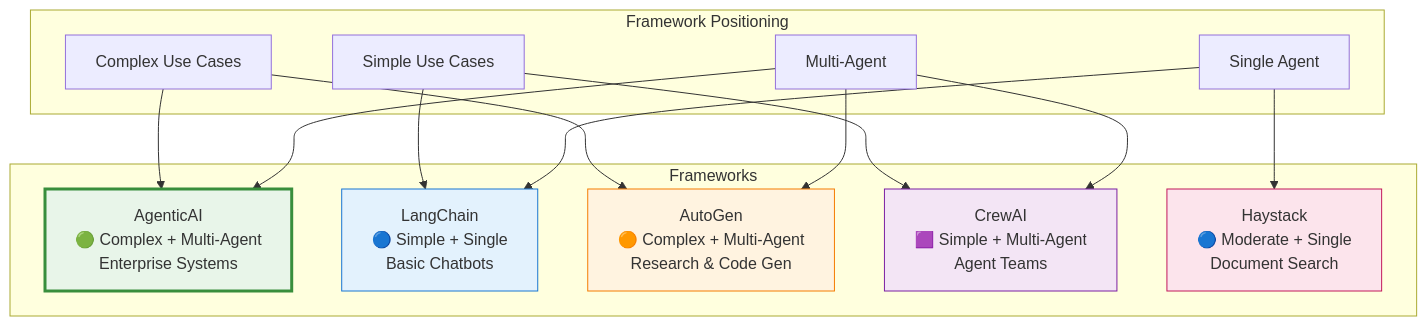
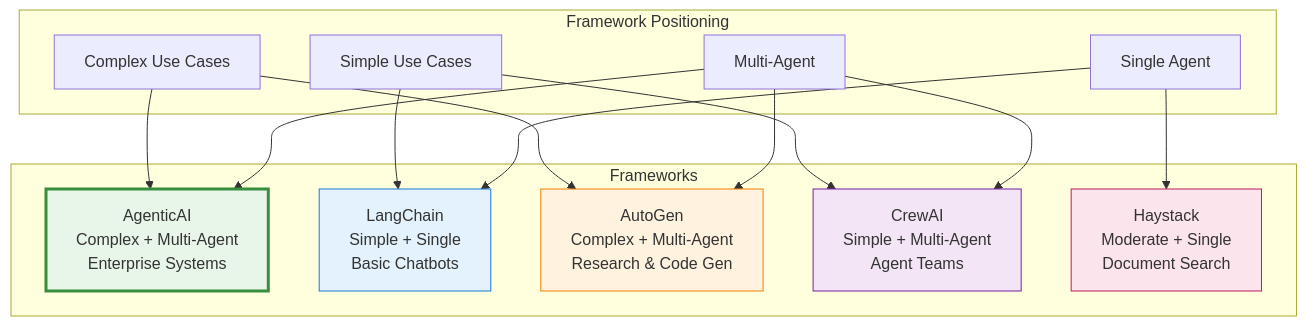
One commit to isathish/agenticaiframework changed the first of 3 diagrams in docs/comparison.md. Above: the diagram before and after it, drawn with Mermaid. The commit also changed other lines of this file and 93 other files, not shown here.

````diff
--- a/docs/comparison.md
+++ b/docs/comparison.md
@@ -111,33 +111,33 @@
 ```mermaid
 graph TB
     subgraph "Framework Positioning"
         SIMPLE[Simple Use Cases]
         COMPLEX[Complex Use Cases]
         SINGLE[Single Agent]
         MULTI[Multi-Agent]
     end
-    
+
     subgraph "Frameworks"
-        AGENTIC[AgenticAI<br/>🟢 Complex + Multi-Agent<br/>Enterprise Systems]
-        LANG[LangChain<br/>🔵 Simple + Single<br/>Basic Chatbots]
-        AUTO[AutoGen<br/>🟠 Complex + Multi-Agent<br/>Research & Code Gen]
-        CREW[CrewAI<br/>🟪 Simple + Multi-Agent<br/>Agent Teams]
-        HAY[Haystack<br/>🔵 Moderate + Single<br/>Document Search]
+        AGENTIC[AgenticAI<br/> Complex + Multi-Agent<br/>Enterprise Systems]
+        LANG[LangChain<br/> Simple + Single<br/>Basic Chatbots]
+        AUTO[AutoGen<br/> Complex + Multi-Agent<br/>Research & Code Gen]
+        CREW[CrewAI<br/> Simple + Multi-Agent<br/>Agent Teams]
+        HAY[Haystack<br/> Moderate + Single<br/>Document Search]
     end
-    
+
     COMPLEX --> AGENTIC
     MULTI --> AGENTIC
     SIMPLE --> LANG
     SINGLE --> LANG
     COMPLEX --> AUTO
     MULTI --> AUTO
     SIMPLE --> CREW
     MULTI --> CREW
     SINGLE --> HAY
-    
+
     style AGENTIC fill:#e8f5e9,stroke:#388e3c,stroke-width:3px
     style AUTO fill:#fff3e0,stroke:#f57c00
     style CREW fill:#f3e5f5,stroke:#7b1fa2
     style LANG fill:#e3f2fd,stroke:#1976d2
     style HAY fill:#fce4ec,stroke:#c2185b
 ```
````
